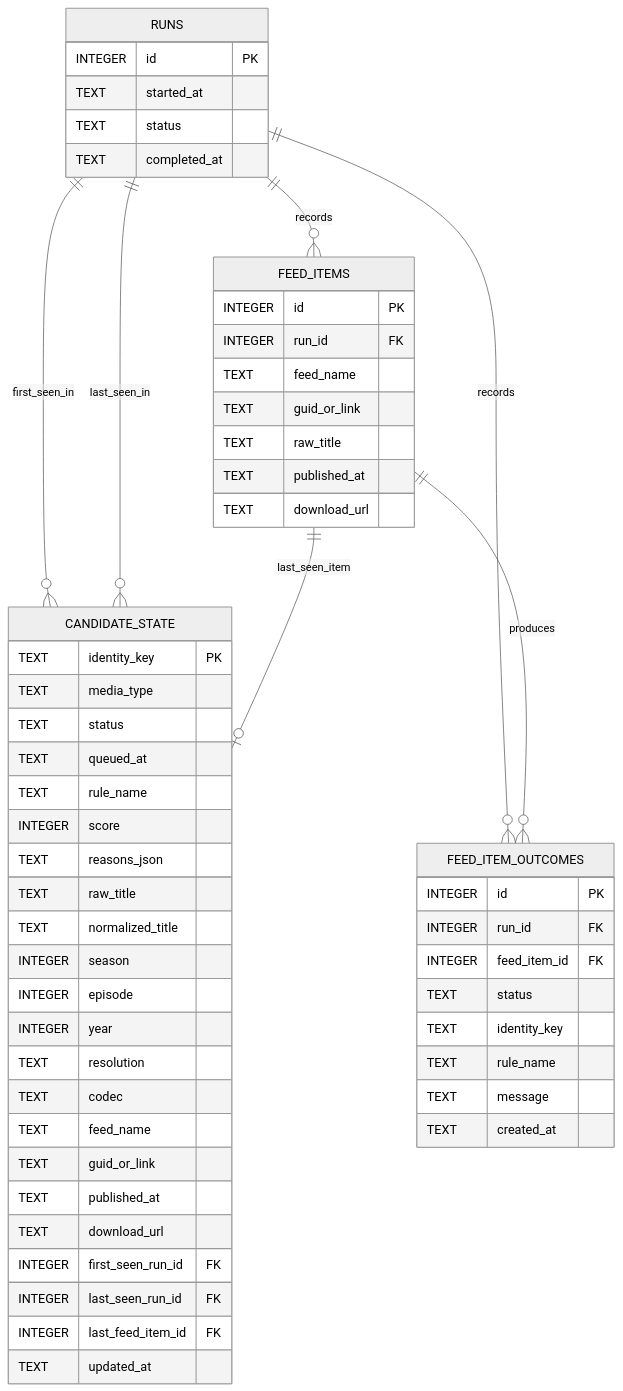
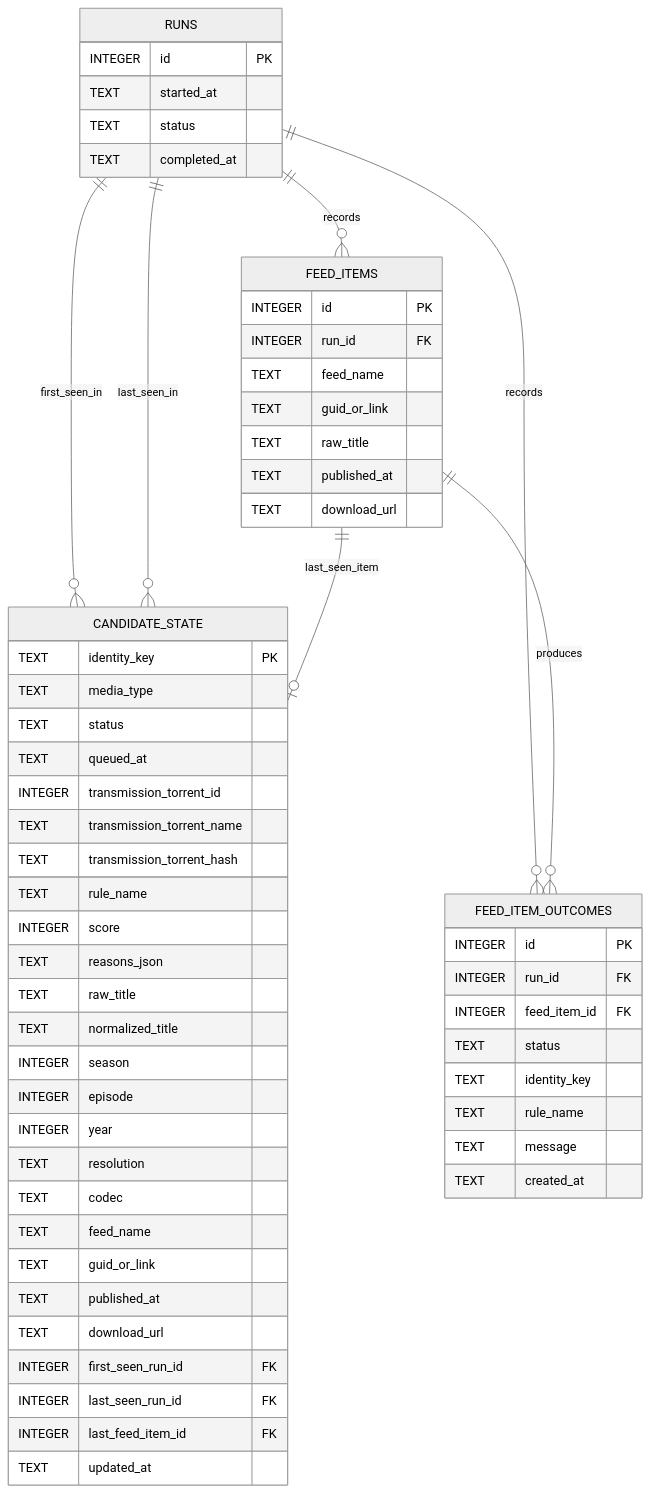
The diagram in docs/03-engineering/sqlite-schema.mmd (cesarnml/pirate_claw), drawn with Mermaid (neutral theme) before and after one commit. The commit also changed 7 other files, not shown here.

```diff
--- a/docs/03-engineering/sqlite-schema.mmd
+++ b/docs/03-engineering/sqlite-schema.mmd
@@ -1,60 +1,63 @@
 erDiagram
   RUNS {
     INTEGER id PK
     TEXT started_at
     TEXT status
     TEXT completed_at
   }
 
   FEED_ITEMS {
     INTEGER id PK
     INTEGER run_id FK
     TEXT feed_name
     TEXT guid_or_link
     TEXT raw_title
     TEXT published_at
     TEXT download_url
   }
 
   CANDIDATE_STATE {
     TEXT identity_key PK
     TEXT media_type
     TEXT status
     TEXT queued_at
+    INTEGER transmission_torrent_id
+    TEXT transmission_torrent_name
+    TEXT transmission_torrent_hash
     TEXT rule_name
     INTEGER score
     TEXT reasons_json
     TEXT raw_title
     TEXT normalized_title
     INTEGER season
     INTEGER episode
     INTEGER year
     TEXT resolution
     TEXT codec
     TEXT feed_name
     TEXT guid_or_link
     TEXT published_at
     TEXT download_url
     INTEGER first_seen_run_id FK
     INTEGER last_seen_run_id FK
     INTEGER last_feed_item_id FK
     TEXT updated_at
   }
 
   FEED_ITEM_OUTCOMES {
     INTEGER id PK
     INTEGER run_id FK
     INTEGER feed_item_id FK
     TEXT status
     TEXT identity_key
     TEXT rule_name
     TEXT message
     TEXT created_at
   }
 
   RUNS ||--o{ FEED_ITEMS : records
   RUNS ||--o{ FEED_ITEM_OUTCOMES : records
   RUNS ||--o{ CANDIDATE_STATE : first_seen_in
   RUNS ||--o{ CANDIDATE_STATE : last_seen_in
   FEED_ITEMS ||--o| CANDIDATE_STATE : last_seen_item
   FEED_ITEMS ||--o{ FEED_ITEM_OUTCOMES : produces
```
